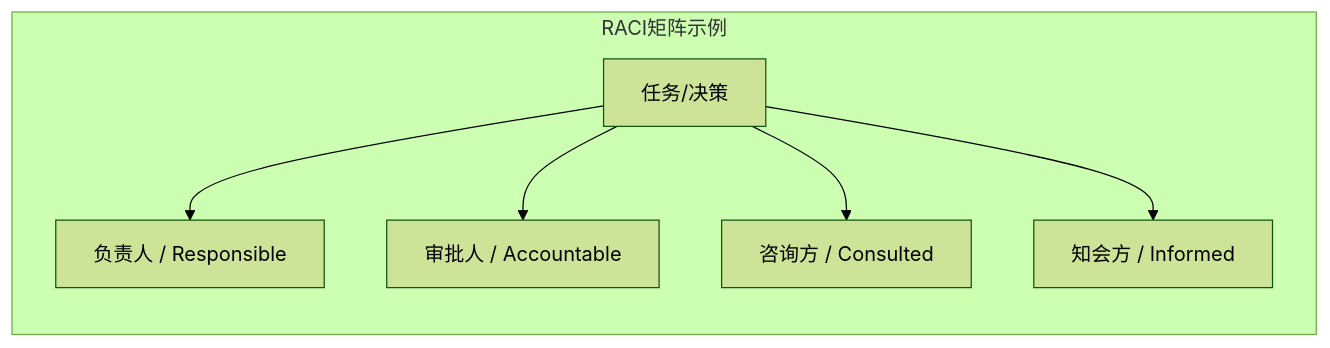
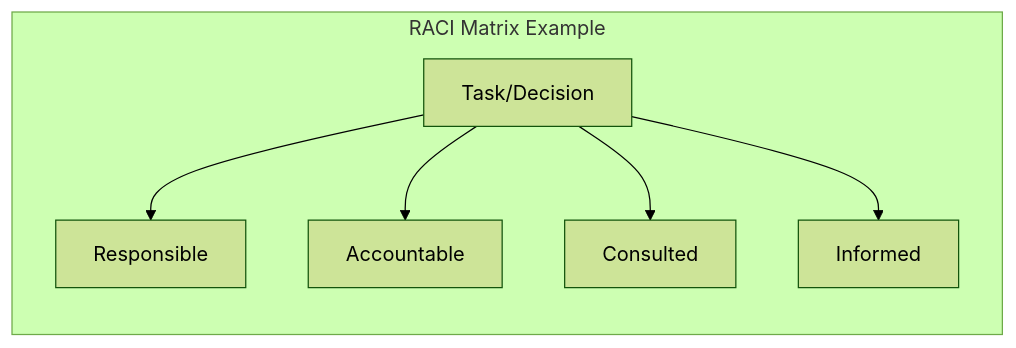
Before and after one commit to Kirky-X/cangjie: the seventh of 9 diagrams in templates/产品/战略层/【模板】商业需求文档.md, drawn with Mermaid (forest theme). The commit also changed other lines of this file and 46 other files, not shown here.

````diff
--- a/templates/产品/战略层/【模板】商业需求文档.md
+++ b/templates/产品/战略层/【模板】商业需求文档.md
@@ -280,9 +280,9 @@
 ```mermaid
 flowchart LR
-    subgraph RACI矩阵示例
-        T1[任务/决策] --> R[负责人 / Responsible]
-        T1 --> A[审批人 / Accountable]
-        T1 --> C[咨询方 / Consulted]
-        T1 --> I[知会方 / Informed]
+    subgraph RACI Matrix Example
+        T1[Task/Decision] --> R[Responsible]
+        T1 --> A[Accountable]
+        T1 --> C[Consulted]
+        T1 --> I[Informed]
     end
 ```
````
